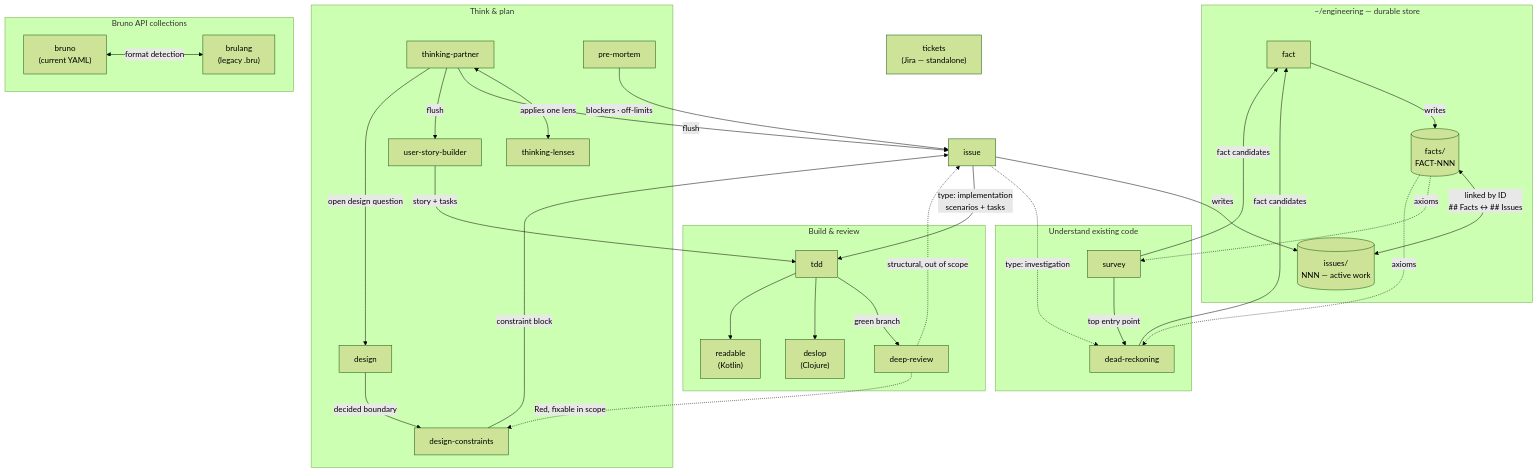
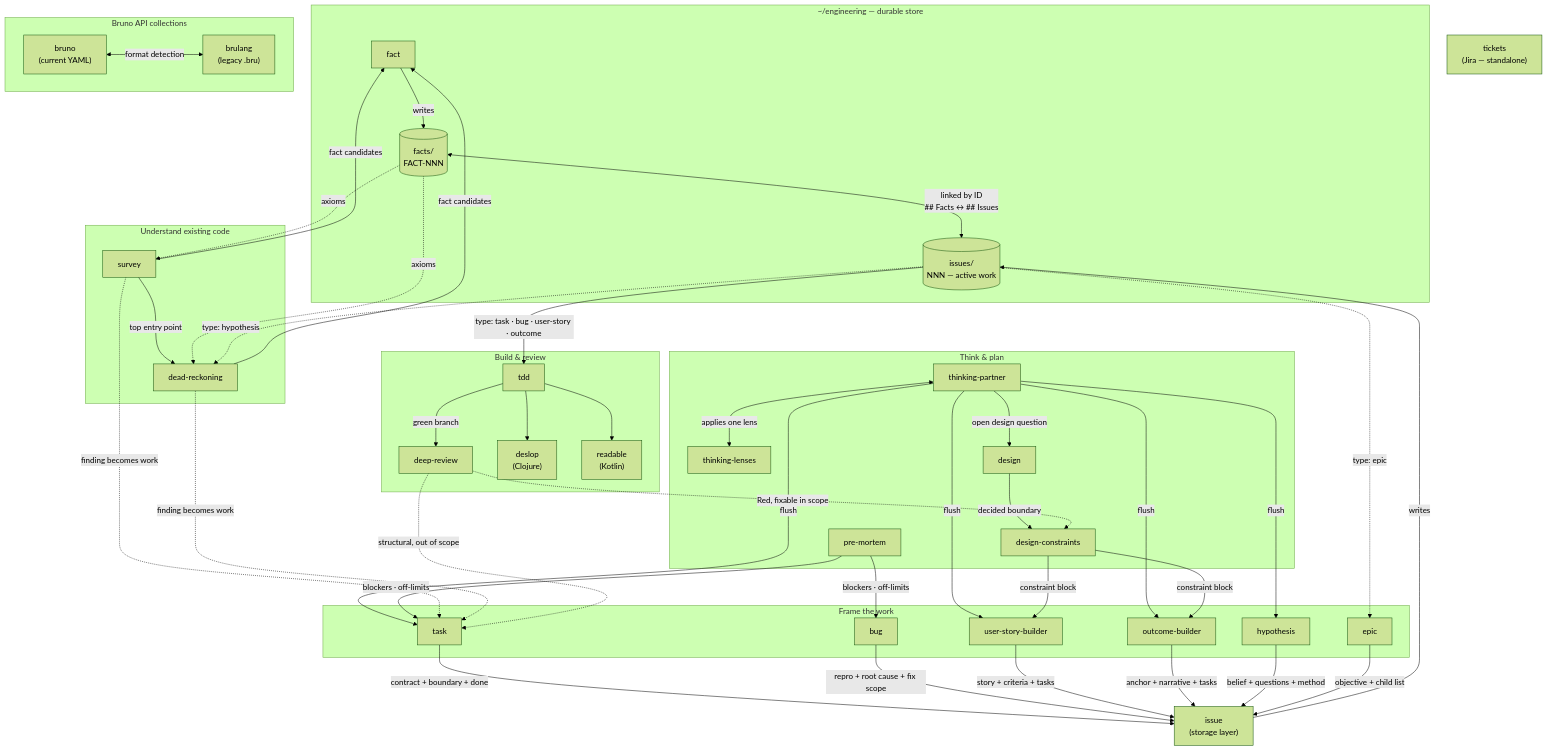
The diagram in .claude/README.md (gustavofsantos/dot-files), drawn with Mermaid (forest theme) before and after one commit. The commit also changed other lines of this file and 23 other files, not shown here.

````diff
--- a/.claude/README.md
+++ b/.claude/README.md
@@ -42,12 +44,21 @@
         design[design]
         dc[design-constraints]
         pm[pre-mortem]
-        usb[user-story-builder]
         tp <-->|applies one lens| tl
         design -->|decided boundary| dc
     end
 
-    issue[issue]
+    %% ---------- Framing skills ----------
+    subgraph framing["Frame the work"]
+        task_s[task]
+        bug_s[bug]
+        usb[user-story-builder]
+        ob[outcome-builder]
+        hyp[hypothesis]
+        epic_s[epic]
+    end
+
+    issue["issue<br/>(storage layer)"]
 
     %% ---------- Build & review ----------
     subgraph build["Build & review"]
@@ -72,23 +83,41 @@
     survey -->|fact candidates| factskill
     dead -->|fact candidates| factskill
 
-    %% ---------- Plan -> issue ----------
-    tp -->|flush| issue
+    %% ---------- Plan -> framing ----------
+    tp -->|flush| task_s
     tp -->|flush| usb
+    tp -->|flush| ob
+    tp -->|flush| hyp
     tp -->|open design question| design
-    pm -->|blockers · off-limits| issue
-    dc -->|constraint block| issue
+    pm -->|blockers · off-limits| task_s
+    pm -->|blockers · off-limits| bug_s
+    dc -->|constraint block| usb
+    dc -->|constraint block| ob
+
+    %% ---------- Framing -> issue ----------
+    task_s -->|contract + boundary + done| issue
+    bug_s -->|repro + root cause + fix scope| issue
+    usb -->|story + criteria + tasks| issue
+    ob -->|anchor + narrative + tasks| issue
+    hyp -->|belief + questions + method| issue
+    epic_s -->|objective + child list| issue
+
+    %% ---------- Issue -> store ----------
+    issue -->|writes| issuestore
 
     %% ---------- Issue routing ----------
-    issue -->|writes| issuestore
-    issue -.->|type: investigation| dead
-    issue -->|type: implementation<br/>scenarios + tasks| tdd
-    usb -->|story + tasks| tdd
+    issuestore -.->|type: hypothesis| dead
+    issuestore -->|type: task · bug · user-story · outcome| tdd
+    issuestore -.->|type: epic| epic_s
+
+    %% ---------- Understand -> framing ----------
+    survey -.->|finding becomes work| task_s
+    dead -.->|finding becomes work| task_s
 
     %% ---------- Build & review flow ----------
     tdd -->|green branch| dr
     tdd --> deslop
     tdd --> readable
     dr -.->|Red, fixable in scope| dc
-    dr -.->|structural, out of scope| issue
+    dr -.->|structural, out of scope| task_s
 ```
````
